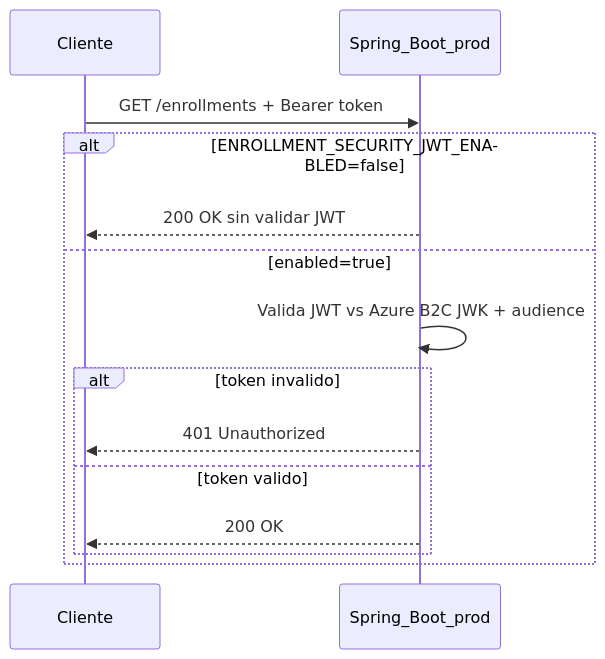
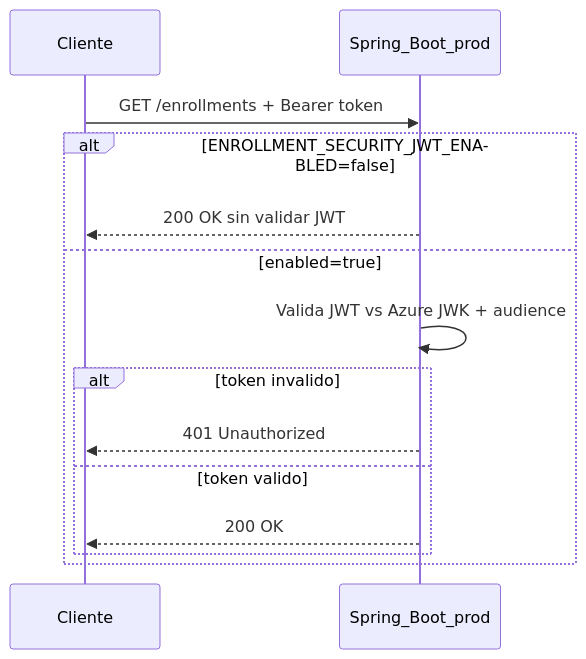
One commit to L0ncho/EnrollmentPlatform_v2 changed the second of 3 diagrams in docs/seguridad-jwt.md. Above: the diagram before and after it, drawn with Mermaid. The commit also changed other lines of this file and 6 other files, not shown here.

Commit message:
feat: activate JWT Spring per default in prod and document Azure secrets in CI

````diff
--- a/docs/seguridad-jwt.md
+++ b/docs/seguridad-jwt.md
@@ -49,17 +78,17 @@
 ```mermaid
 sequenceDiagram
     participant Client as Cliente
     participant EC2 as Spring_Boot_prod
 
     Client->>EC2: GET /enrollments + Bearer token
     alt ENROLLMENT_SECURITY_JWT_ENABLED=false
         EC2-->>Client: 200 OK sin validar JWT
     else enabled=true
-        EC2->>EC2: Valida JWT vs Azure B2C JWK + audience
+        EC2->>EC2: Valida JWT vs Azure JWK + audience
         alt token invalido
             EC2-->>Client: 401 Unauthorized
         else token valido
             EC2-->>Client: 200 OK
         end
     end
 ```
````
